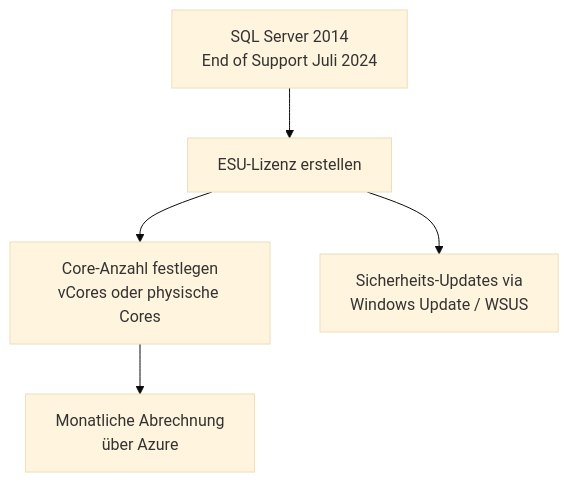
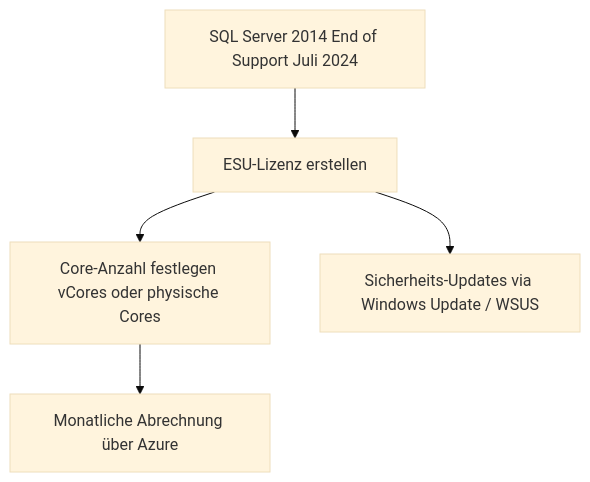
One commit to SoniiiT/notes-n-docs changed the sixth of 7 diagrams in Microsoft 365/Azure/Arc/Arc-fähige SQL Server.md. Above: the diagram before and after it, drawn with Mermaid (base theme). The commit also changed other lines of this file and 124 other files, not shown here.

First line of the commit message:
fix: Entferne \n aus allen Mermaid-Diagrammen (125 Dateien)

````diff
--- a/Microsoft 365/Azure/Arc/Arc-fähige SQL Server.md
+++ b/Microsoft 365/Azure/Arc/Arc-fähige SQL Server.md
@@ -286,13 +286,13 @@
 ```mermaid
 graph TD
-    SQL2014[SQL Server 2014\nEnd of Support Juli 2024]
+    SQL2014[SQL Server 2014 End of Support Juli 2024]
     ESU_LICENSE[ESU-Lizenz erstellen]
-    CORES[Core-Anzahl festlegen\nvCores oder physische Cores]
-    BILLING[Monatliche Abrechnung\nüber Azure]
-    UPDATES[Sicherheits-Updates via\nWindows Update / WSUS]
+    CORES[Core-Anzahl festlegen vCores oder physische Cores]
+    BILLING[Monatliche Abrechnung über Azure]
+    UPDATES[Sicherheits-Updates via Windows Update / WSUS]
 
     SQL2014 --> ESU_LICENSE
     ESU_LICENSE --> CORES
     CORES --> BILLING
     ESU_LICENSE --> UPDATES
 ```
````
